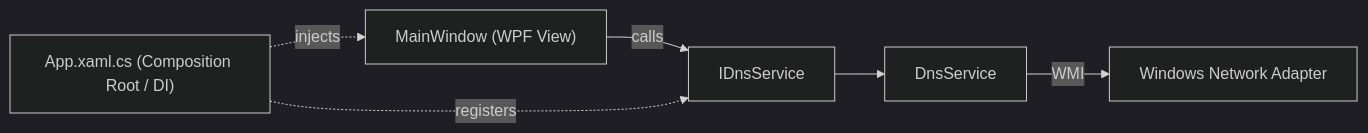
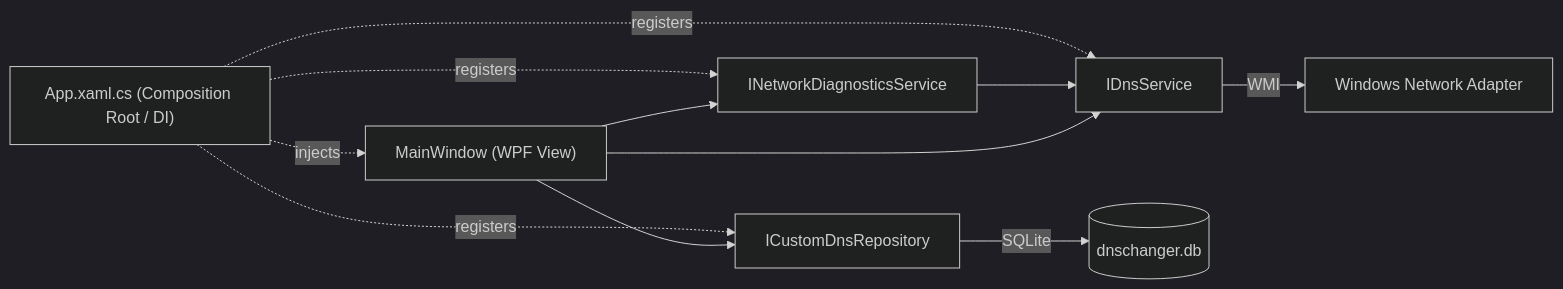
One commit to AlirezaHadian/DnsChanger changed the diagram in README.md. Above: the diagram before and after it, drawn with Mermaid (dark theme). The commit also changed other lines of this file and 17 other files, not shown here.

````diff
--- a/README.md
+++ b/README.md
@@ -38,8 +47,13 @@
 ```mermaid
 flowchart LR
-    UI["MainWindow (WPF View)"] -->|calls| Service["IDnsService"]
-    Service --> Impl["DnsService"]
-    Impl -->|WMI| OS["Windows Network Adapter"]
+    UI["MainWindow (WPF View)"] --> DnsSvc["IDnsService"]
+    UI --> Repo["ICustomDnsRepository"]
+    UI --> Diag["INetworkDiagnosticsService"]
+    Diag --> DnsSvc
+    DnsSvc -->|WMI| OS["Windows Network Adapter"]
+    Repo -->|SQLite| DB[("dnschanger.db")]
     DI["App.xaml.cs (Composition Root / DI)"] -.->|injects| UI
-    DI -.->|registers| Service
+    DI -.->|registers| DnsSvc
+    DI -.->|registers| Repo
+    DI -.->|registers| Diag
 ```
````
